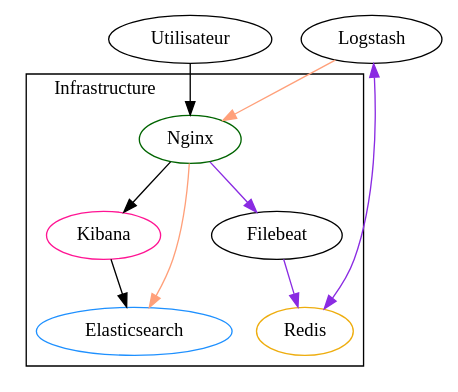
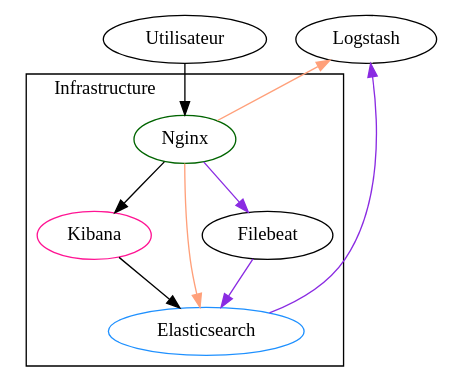
The third of 4 diagrams in schemas.md (Transrian/bd71-courses), drawn with Graphviz before and after one commit. The commit also changed other lines of this file and 5 other files, not shown here.

````diff
--- a/schemas.md
+++ b/schemas.md
@@ -116,29 +109,28 @@
 ```dot {engine="dot"}
 digraph f {
     compound=true;
 
     "Kibana" -> "Elasticsearch"
     "Nginx" -> "Kibana"
 
     "Nginx" -> "Filebeat" [color=blueviolet]
-    "Filebeat" -> "Redis" [color=blueviolet]
+    "Filebeat" -> "Elasticsearch" [color=blueviolet]
 
     "Utilisateur" -> "Nginx"
 
-    "Logstash" -> "Redis" [dir="both", color=blueviolet]
-    "Logstash" -> "Nginx" [color=lightsalmon1]
+    "Logstash" -> "Elasticsearch" [dir="back", color=blueviolet]
+    "Logstash" -> "Nginx" [dir="back", color=lightsalmon1]
     "Nginx" -> "Elasticsearch" [color=lightsalmon1]
 
     subgraph cluster_server {
         label="Infrastructure"
         labeljust="l"
         "Elasticsearch" [color=dodgerblue1]
         "Kibana" [color=deeppink]
         "Nginx" [color=darkgreen]
-        "Redis" [color=darkgoldenrod2]
         "Filebeat"
         
     }
     
 }
 ```
````
